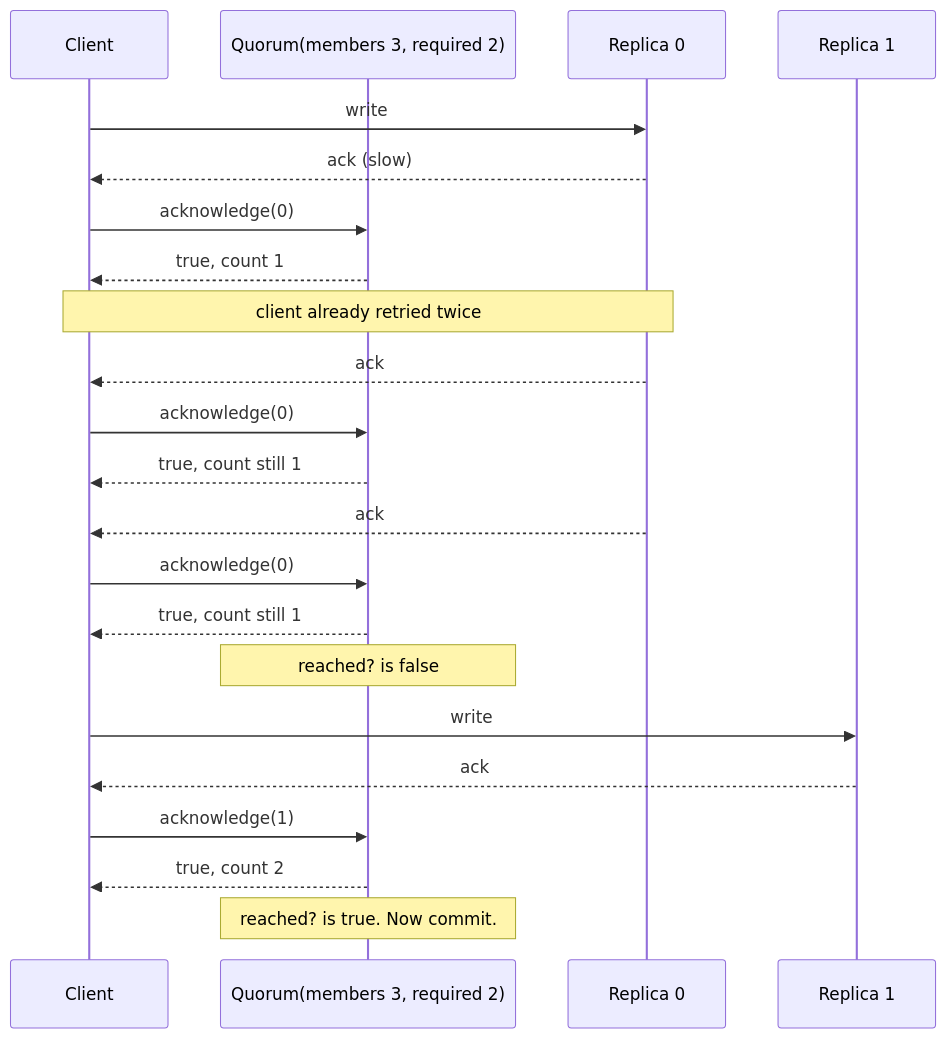
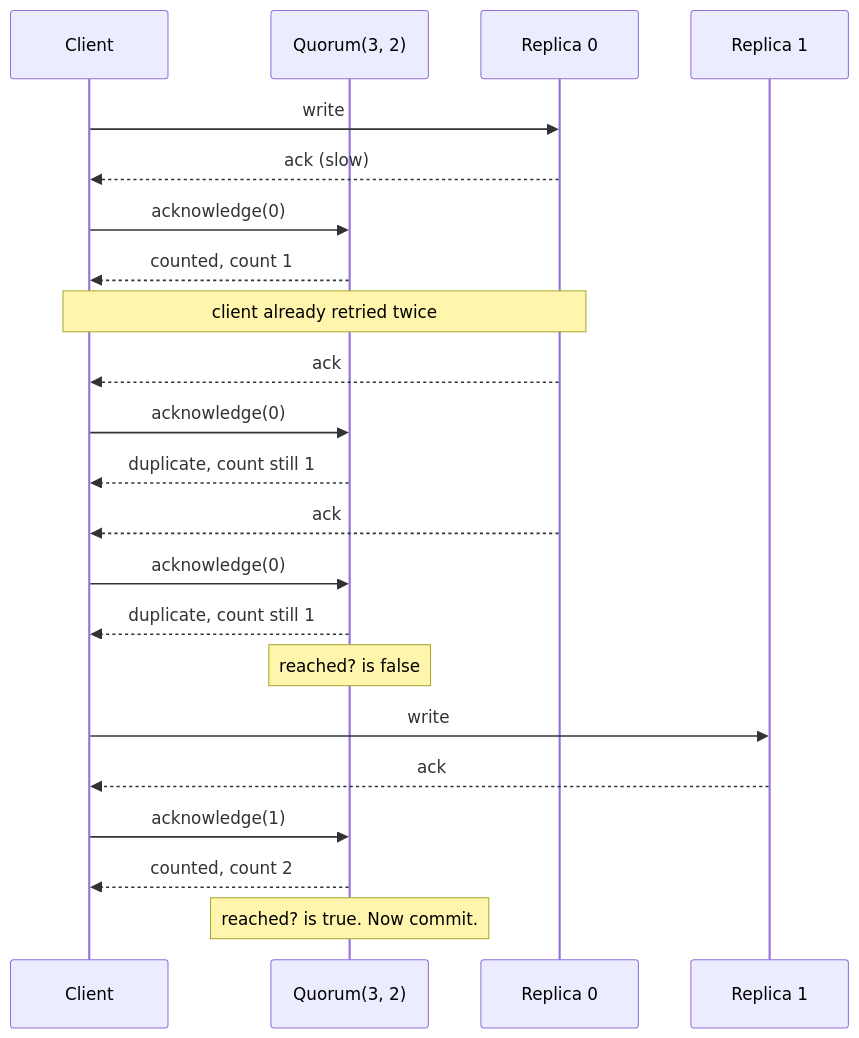
Before and after one commit to seuros/quorum_machines: the second of 2 diagrams in README.md, drawn with Mermaid. The commit also changed other lines of this file and 8 other files, not shown here.

````diff
--- a/README.md
+++ b/README.md
@@ -75,27 +75,27 @@
 ```mermaid
 sequenceDiagram
     participant C as Client
-    participant Q as Quorum(members 3, required 2)
+    participant Q as Quorum(3, 2)
     participant R0 as Replica 0
     participant R1 as Replica 1
 
     C->>R0: write
     R0-->>C: ack (slow)
     C->>Q: acknowledge(0)
-    Q-->>C: true, count 1
+    Q-->>C: counted, count 1
 
     Note over C,R0: client already retried twice
     R0-->>C: ack
     C->>Q: acknowledge(0)
-    Q-->>C: true, count still 1
+    Q-->>C: duplicate, count still 1
     R0-->>C: ack
     C->>Q: acknowledge(0)
-    Q-->>C: true, count still 1
+    Q-->>C: duplicate, count still 1
     Note over Q: reached? is false
 
     C->>R1: write
     R1-->>C: ack
     C->>Q: acknowledge(1)
-    Q-->>C: true, count 2
+    Q-->>C: counted, count 2
     Note over Q: reached? is true. Now commit.
 ```
````
